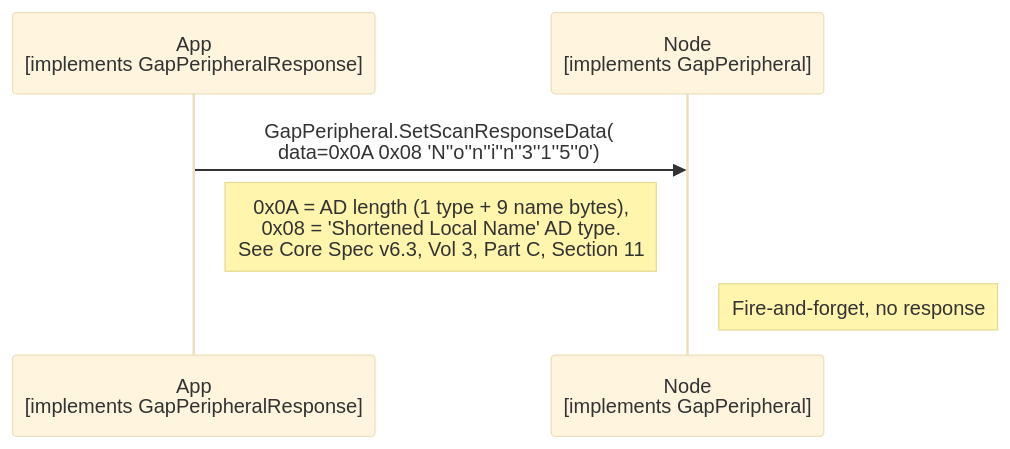
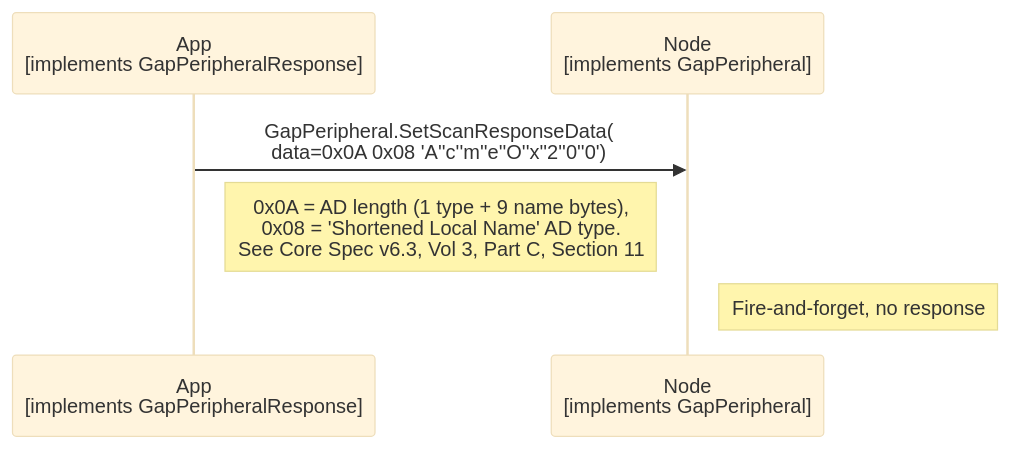
Before and after one commit to philips-software/amp-embedded-infra-lib: the diagram in documents/modules/ROOT/partials/echoservices/gap_peripheral/GapPeripheral_SetScanResponseData_sequence.mmd, drawn with Mermaid (base theme). The commit also changed 35 other files, not shown here.

```diff
--- a/documents/modules/ROOT/partials/echoservices/gap_peripheral/GapPeripheral_SetScanResponseData_sequence.mmd
+++ b/documents/modules/ROOT/partials/echoservices/gap_peripheral/GapPeripheral_SetScanResponseData_sequence.mmd
@@ -1,6 +1,6 @@
 sequenceDiagram
     participant App as App<br>[implements GapPeripheralResponse]
     participant Node as Node<br>[implements GapPeripheral]
-    App->>Node: GapPeripheral.SetScanResponseData(<br>data=0x0A 0x08 'N''o''n''i''n''3''1''5''0')
+    App->>Node: GapPeripheral.SetScanResponseData(<br>data=0x0A 0x08 'A''c''m''e''O''x''2''0''0')
     Note right of App: 0x0A = AD length (1 type + 9 name bytes),<br>0x08 = 'Shortened Local Name' AD type.<br>See Core Spec v6.3, Vol 3, Part C, Section 11
     Note right of Node: Fire-and-forget, no response
```
